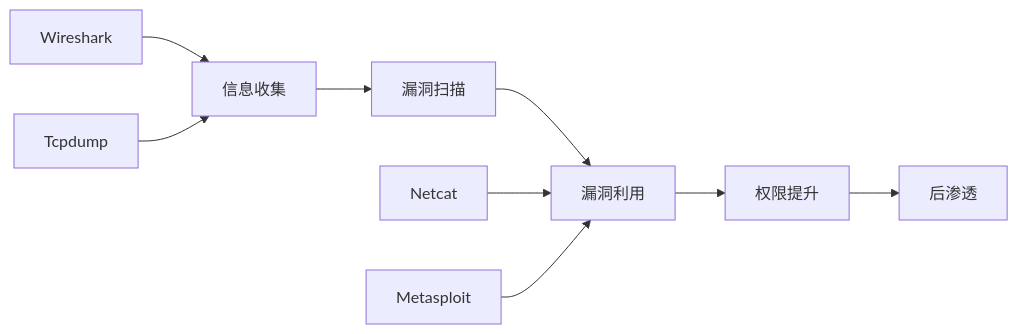
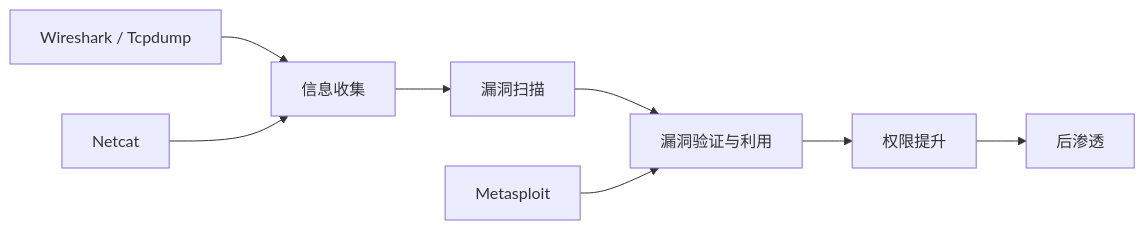
One commit to before80/prgms changed the third of 3 diagrams in content/linux/safe_test/Chapter-74-Network-Security-Tools.md. Above: the diagram before and after it, drawn with Mermaid. The commit also changed other lines of this file and 1645 other files, not shown here.

````diff
--- a/content/linux/safe_test/Chapter-74-Network-Security-Tools.md
+++ b/content/linux/safe_test/Chapter-74-Network-Security-Tools.md
@@ -391,12 +456,10 @@
 ```mermaid
 graph LR
     A[信息收集] --> B[漏洞扫描]
-    B --> C[漏洞利用]
+    B --> C[漏洞验证与利用]
     C --> D[权限提升]
     D --> E[后渗透]
-    
-    F[Wireshark] --> A
-    G[Tcpdump] --> A
-    H[Netcat] --> C
+    F[Wireshark / Tcpdump] --> A
+    H[Netcat] --> A
     I[Metasploit] --> C
 ```
````
